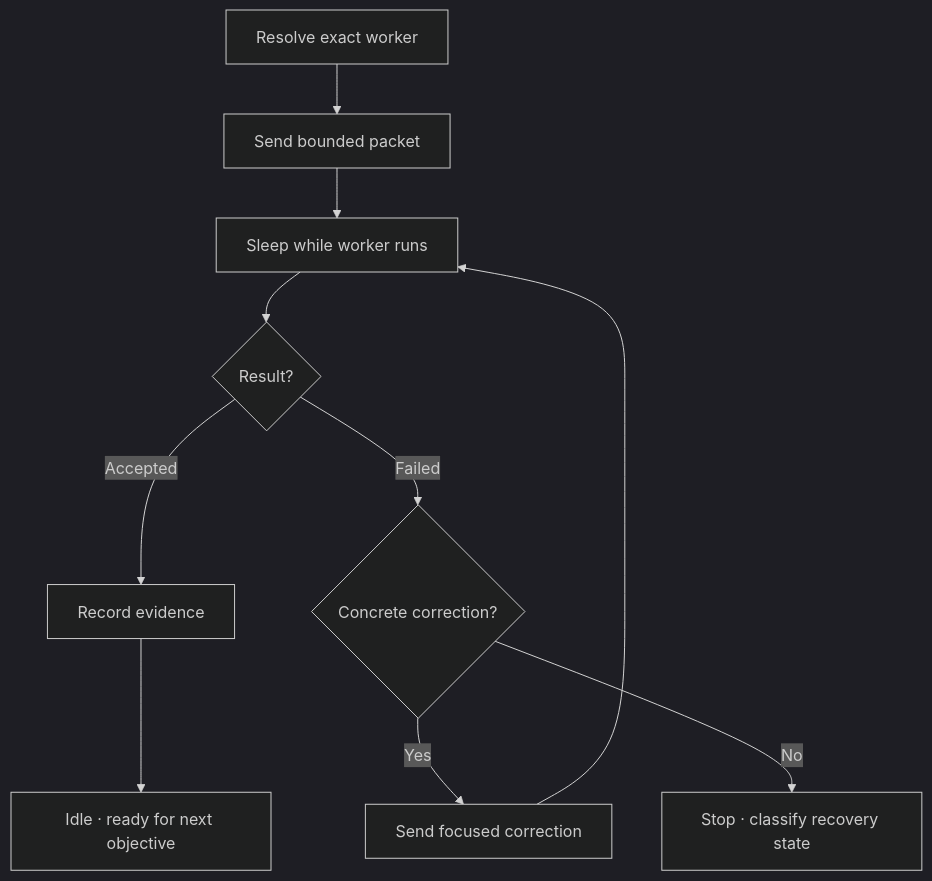
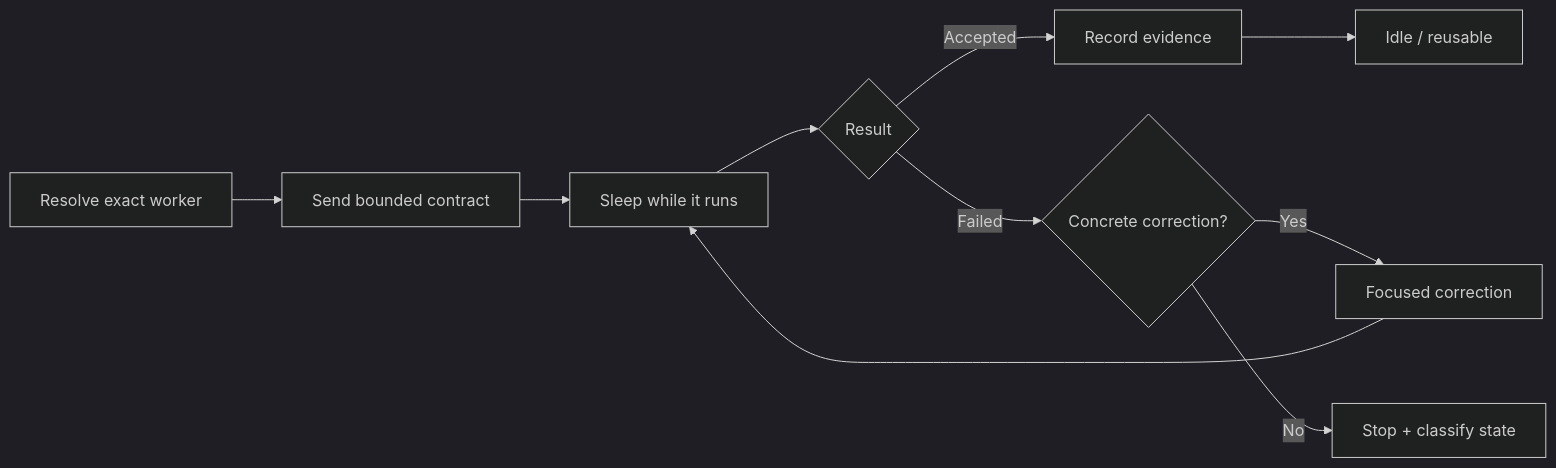
The diagram in plugins/durable-threads/skills/durable-threads/references/PERSISTENT_THREADS.md (Strataward/durable-threads), drawn with Mermaid (dark theme) before and after one commit. The commit also changed other lines of this file and 13 other files, not shown here.

````diff
--- a/plugins/durable-threads/skills/durable-threads/references/PERSISTENT_THREADS.md
+++ b/plugins/durable-threads/skills/durable-threads/references/PERSISTENT_THREADS.md
@@ -13,12 +13,8 @@
 ```mermaid
-flowchart TB
-    R["Resolve exact worker"] --> S["Send bounded packet"]
-    S --> W["Sleep while worker runs"]
-    W --> E{"Result?"}
-    E -->|"Accepted"| I["Record evidence"]
-    I --> N["Idle · ready for next objective"]
+flowchart LR
+    R["Resolve exact worker"] --> S["Send bounded contract"] --> W["Sleep while it runs"] --> E{"Result"}
+    E -->|"Accepted"| I["Record evidence"] --> N["Idle / reusable"]
     E -->|"Failed"| C{"Concrete correction?"}
-    C -->|"Yes"| F["Send focused correction"]
-    F --> W
-    C -->|"No"| X["Stop · classify recovery state"]
+    C -->|"Yes"| F["Focused correction"] --> W
+    C -->|"No"| X["Stop + classify state"]
 ```
````
